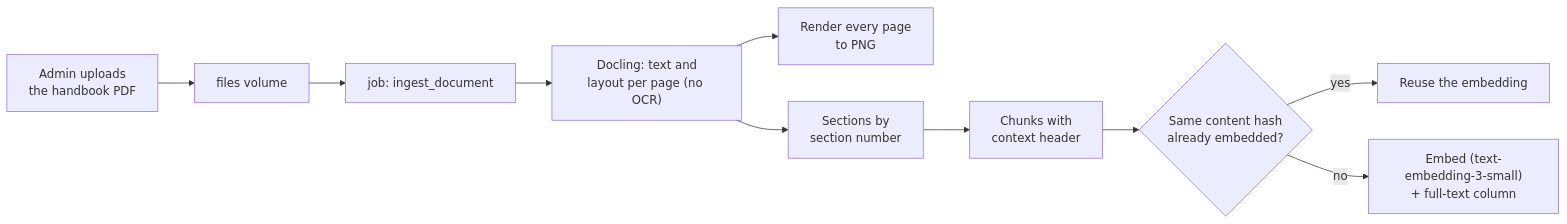
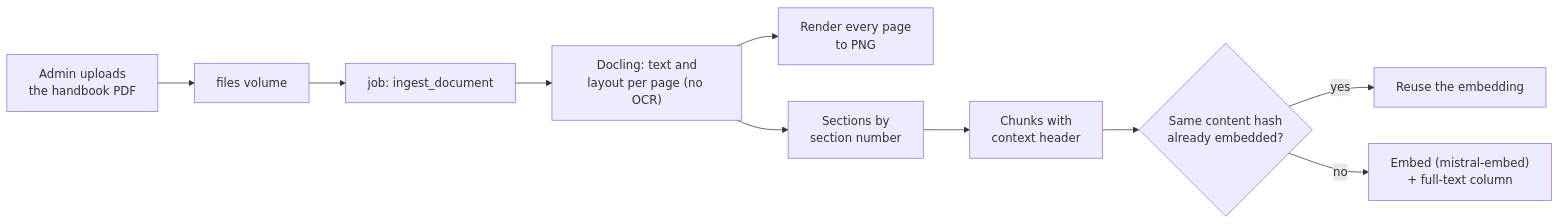
One commit to senneclauwaert/MechAI_Docs changed the first of 2 diagrams in 03 Architecture/RAG pipeline (build spec).md. Above: the diagram before and after it, drawn with Mermaid. The commit also changed other lines of this file and 34 other files, not shown here.

````diff
--- a/03 Architecture/RAG pipeline (build spec).md
+++ b/03 Architecture/RAG pipeline (build spec).md
@@ -21,12 +21,12 @@
 ```mermaid
 flowchart LR
 	U["Admin uploads<br>the handbook PDF"] --> F["files volume"]
 	F --> J["job: ingest_document"]
 	J --> D["Docling: text and<br>layout per page (no OCR)"]
 	D --> IMG["Render every page<br>to PNG"]
 	D --> S["Sections by<br>section number"]
 	S --> C["Chunks with<br>context header"]
 	C --> H{"Same content hash<br>already embedded?"}
 	H -->|yes| R["Reuse the embedding"]
-	H -->|no| E["Embed (text-embedding-3-small)<br>+ full-text column"]
+	H -->|no| E["Embed (mistral-embed)<br>+ full-text column"]
 ```
````
